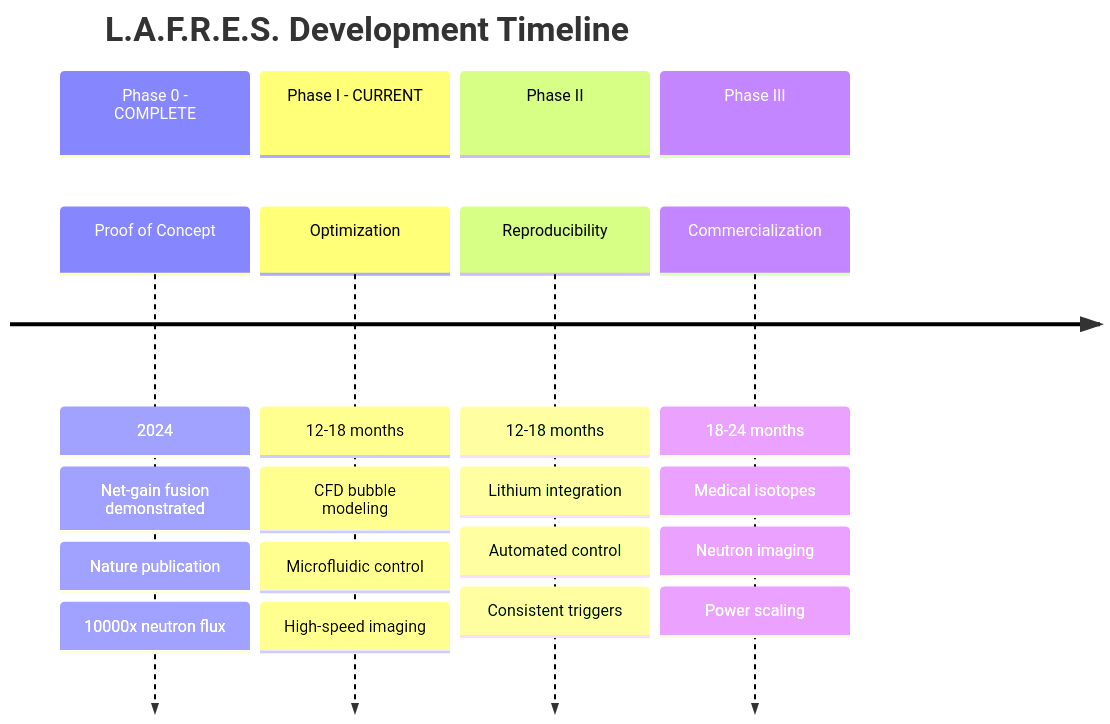
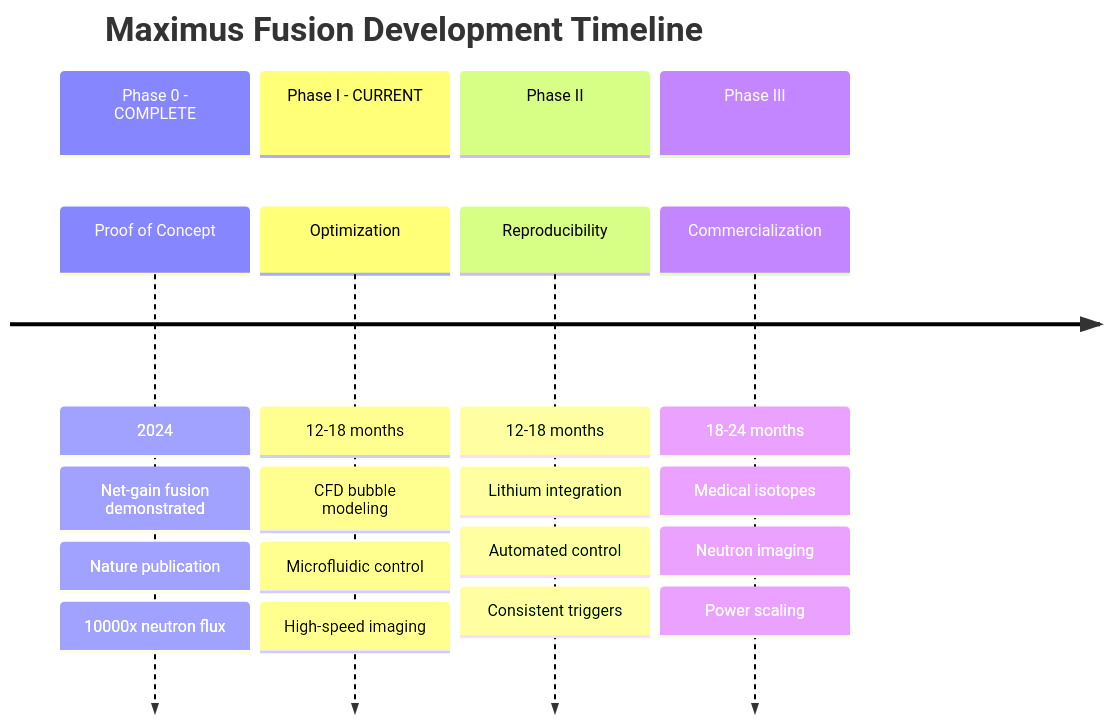
One commit to szemkoff/LAFRES changed the first of 2 diagrams in website/docs/roadmap/overview.md. Above: the diagram before and after it, drawn with Mermaid. The commit also changed other lines of this file and 97 other files, not shown here.

First line of the commit message:
Rebrand public program name to Maximus Fusion; keep L.A.F.R.E.S. as technical designation

````diff
--- a/website/docs/roadmap/overview.md
+++ b/website/docs/roadmap/overview.md
@@ -21,24 +21,24 @@
 ```mermaid
 timeline
-    title L.A.F.R.E.S. Development Timeline
+    title Maximus Fusion Development Timeline
     section Phase 0 - COMPLETE
         Proof of Concept : 2024
                         : Net-gain fusion demonstrated
                         : Nature publication
                         : 10000x neutron flux
     section Phase I - CURRENT
         Optimization : 12-18 months
                      : CFD bubble modeling
                      : Microfluidic control
                      : High-speed imaging
     section Phase II
         Reproducibility : 12-18 months
                         : Lithium integration
                         : Automated control
                         : Consistent triggers
     section Phase III
         Commercialization : 18-24 months
                           : Medical isotopes
                           : Neutron imaging
                           : Power scaling
 ```
````
